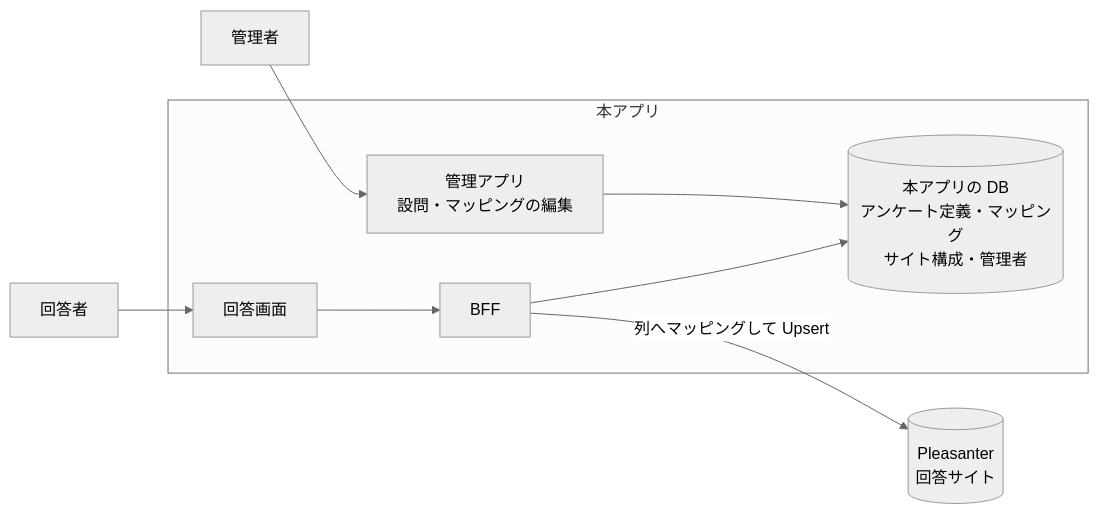
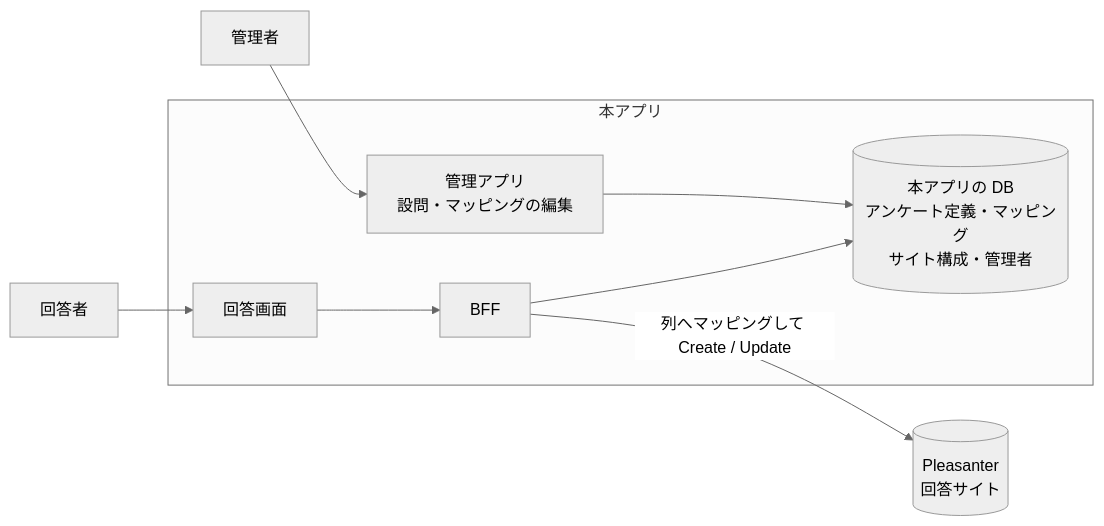
Before and after one commit to vehiclevisionjp/VehicleVision.PleasanterTools.Questionnaire: the second of 5 diagrams in _documents/アーキテクチャ方針.md, drawn with Mermaid (neutral theme). The commit also changed other lines of this file and 24 other files, not shown here.

````diff
--- a/_documents/アーキテクチャ方針.md
+++ b/_documents/アーキテクチャ方針.md
@@ -227,17 +232,17 @@
 ```mermaid
 flowchart LR
     ADM["管理者"]
     subgraph APP["本アプリ"]
         MNG["管理アプリ<br/>設問・マッピングの編集"]
         BFF["BFF"]
         SPA["回答画面"]
         DB[("本アプリの DB<br/>アンケート定義・マッピング<br/>サイト構成・管理者")]
     end
     PLDATA[("Pleasanter<br/>回答サイト")]
     U["回答者"]
 
     ADM --> MNG --> DB
     U --> SPA --> BFF
     BFF --> DB
-    BFF -->|"列へマッピングして Upsert"| PLDATA
+    BFF -->|"列へマッピングして Create / Update"| PLDATA
 ```
````
